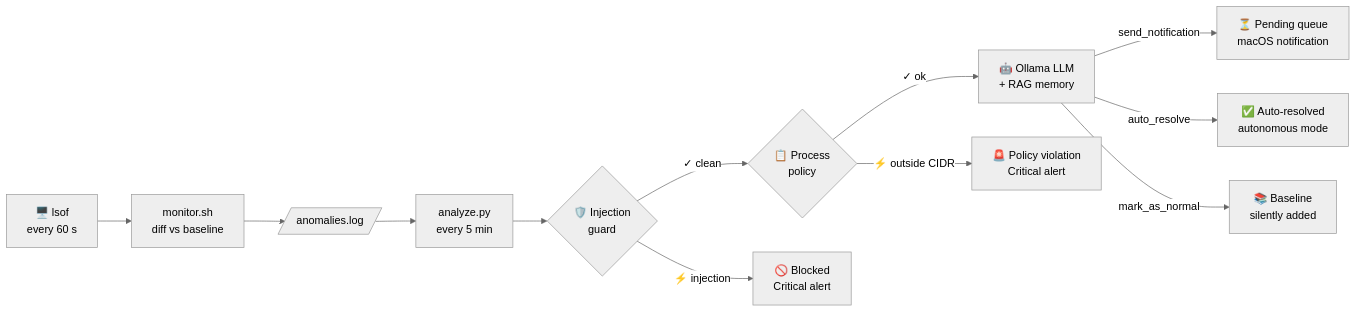
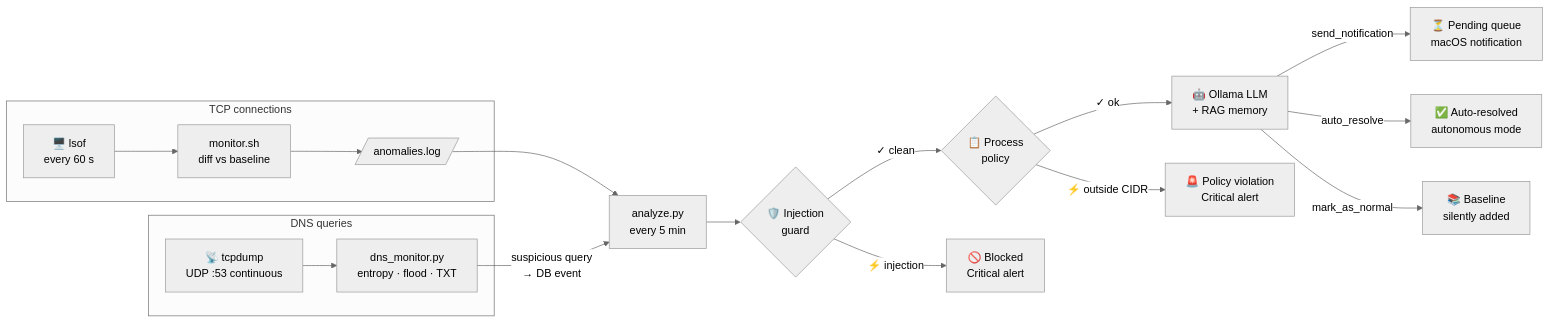
The diagram in docs/index.md (Algiras/netmon), drawn with Mermaid (neutral theme) before and after one commit. The commit also changed other lines of this file and 1 other file, not shown here.

Commit message:
docs: add DNS monitor to all flow diagrams and threat model
- Home page flowchart: parallel TCP and DNS capture subgraphs, both
  converging at analyze.py
- Security overview: updated pipeline diagram with tcpdump capture node,
  new DNS Exfiltration card in the grid, threat model updated (DNS
  tunnelling and TXT C2 now addressed; DoH noted as out of scope)
- Layer count updated from six to seven throughout

````diff
--- a/docs/index.md
+++ b/docs/index.md
@@ -10,24 +10,34 @@
 ```mermaid
 flowchart LR
-    LSOF["🖥️ lsof\nevery 60 s"]
-    MON["monitor.sh\ndiff vs baseline"]
-    LOG[/"anomalies.log"/]
+    subgraph TCP ["TCP connections"]
+        LSOF["🖥️ lsof\nevery 60 s"]
+        MON["monitor.sh\ndiff vs baseline"]
+        LOG[/"anomalies.log"/]
+        LSOF --> MON --> LOG
+    end
+
+    subgraph DNS ["DNS queries"]
+        TDUMP["📡 tcpdump\nUDP :53 continuous"]
+        DMON["dns_monitor.py\nentropy · flood · TXT"]
+        TDUMP --> DMON
+    end
+
     ANA["analyze.py\nevery 5 min"]
     IG{"🛡️ Injection\nguard"}
     PP{"📋 Process\npolicy"}
     LLM["🤖 Ollama LLM\n+ RAG memory"]
-
     NOTIFY["⏳ Pending queue\nmacOS notification"]
     AUTO["✅ Auto-resolved\nautonomous mode"]
     NORM["📚 Baseline\nsilently added"]
 
-    LSOF --> MON --> LOG --> ANA
+    LOG --> ANA
+    DMON -->|"suspicious query\n→ DB event"| ANA
     ANA --> IG
     IG -->|"⚡ injection"| BLOCKED["🚫 Blocked\nCritical alert"]
     IG -->|"✓ clean"| PP
     PP -->|"⚡ outside CIDR"| VIOLATION["🚨 Policy violation\nCritical alert"]
     PP -->|"✓ ok"| LLM
     LLM -->|"send_notification"| NOTIFY
     LLM -->|"auto_resolve"| AUTO
     LLM -->|"mark_as_normal"| NORM
 ```
````
